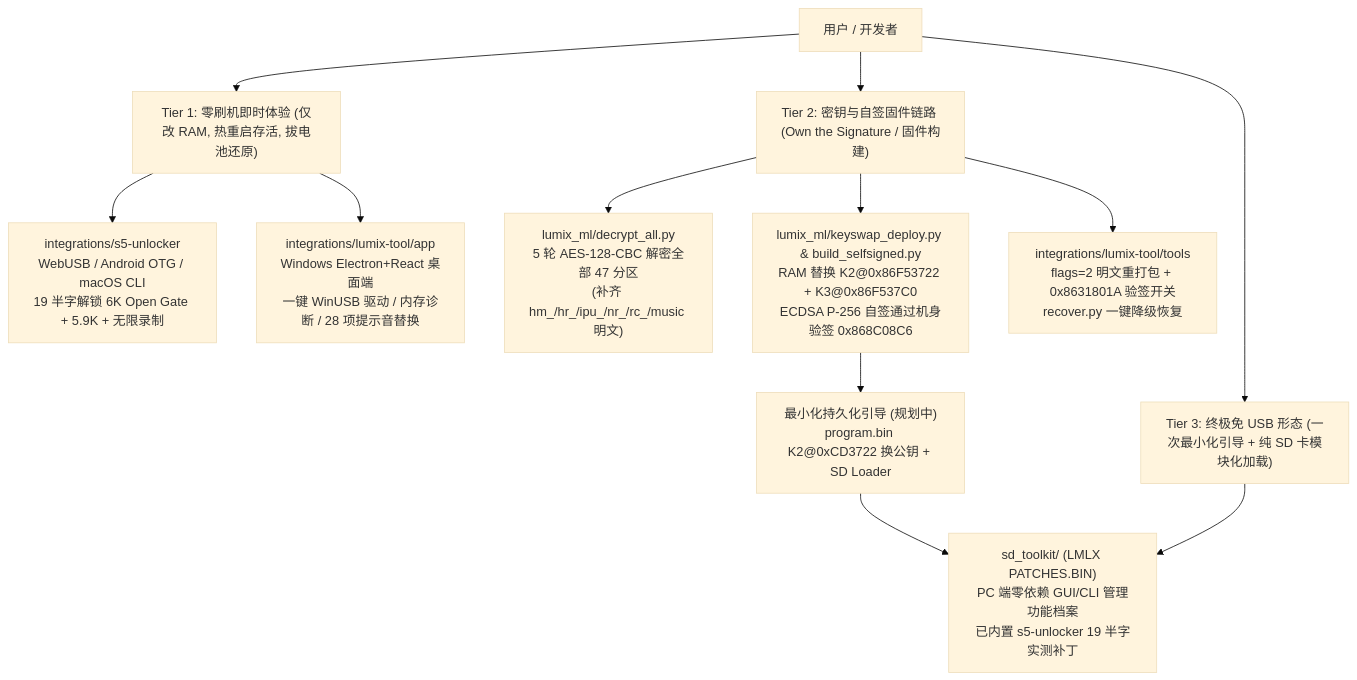
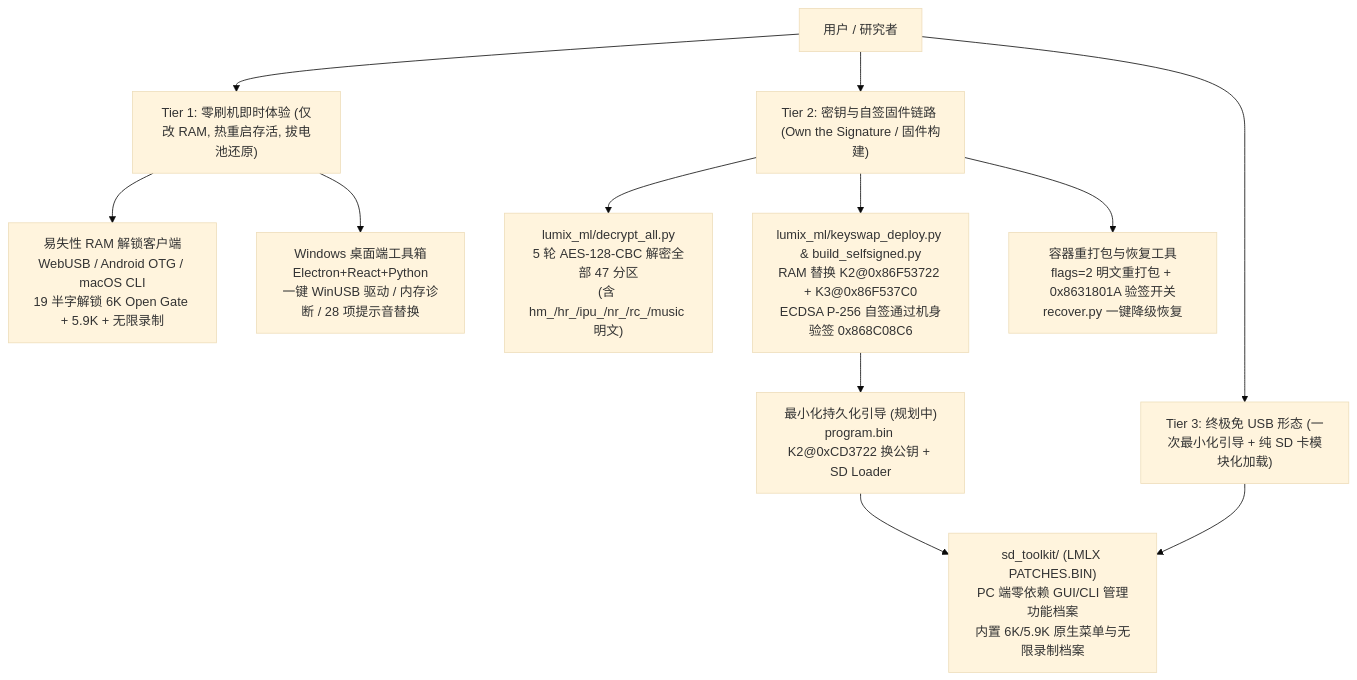
Before and after one commit to yis2014/Lumix_S5: the diagram in INTEGRATION_ARCHITECTURE.md, drawn with Mermaid (base theme). The commit also changed other lines of this file and 3 other files, not shown here.

````diff
--- a/INTEGRATION_ARCHITECTURE.md
+++ b/INTEGRATION_ARCHITECTURE.md
@@ -9,17 +12,17 @@
 ```mermaid
 flowchart TD
-    U["用户 / 开发者"] --> T1["Tier 1: 零刷机即时体验 (仅改 RAM, 热重启存活, 拔电池还原)"]
+    U["用户 / 研究者"] --> T1["Tier 1: 零刷机即时体验 (仅改 RAM, 热重启存活, 拔电池还原)"]
     U --> T2["Tier 2: 密钥与自签固件链路 (Own the Signature / 固件构建)"]
     U --> T3["Tier 3: 终极免 USB 形态 (一次最小化引导 + 纯 SD 卡模块化加载)"]
 
-    T1 --> S5U["integrations/s5-unlocker<br/>WebUSB / Android OTG / macOS CLI<br/>19 半字解锁 6K Open Gate + 5.9K + 无限录制"]
-    T1 --> LT["integrations/lumix-tool/app<br/>Windows Electron+React 桌面端<br/>一键 WinUSB 驱动 / 内存诊断 / 28 项提示音替换"]
+    T1 --> S5U["易失性 RAM 解锁客户端<br/>WebUSB / Android OTG / macOS CLI<br/>19 半字解锁 6K Open Gate + 5.9K + 无限录制"]
+    T1 --> LT["Windows 桌面端工具箱<br/>Electron+React+Python<br/>一键 WinUSB 驱动 / 内存诊断 / 28 项提示音替换"]
 
-    T2 --> AES["lumix_ml/decrypt_all.py<br/>5 轮 AES-128-CBC 解密全部 47 分区<br/>(补齐 hm_/hr_/ipu_/nr_/rc_/music 明文)"]
+    T2 --> AES["lumix_ml/decrypt_all.py<br/>5 轮 AES-128-CBC 解密全部 47 分区<br/>(含 hm_/hr_/ipu_/nr_/rc_/music 明文)"]
     T2 --> KS["lumix_ml/keyswap_deploy.py & build_selfsigned.py<br/>RAM 替换 K2@0x86F53722 + K3@0x86F537C0<br/>ECDSA P-256 自签通过机身验签 0x868C08C6"]
-    T2 --> LT_FW["integrations/lumix-tool/tools<br/>flags=2 明文重打包 + 0x8631801A 验签开关<br/>recover.py 一键降级恢复"]
+    T2 --> LT_FW["容器重打包与恢复工具<br/>flags=2 明文重打包 + 0x8631801A 验签开关<br/>recover.py 一键降级恢复"]
 
-    T3 --> SD["sd_toolkit/ (LMLX PATCHES.BIN)<br/>PC 端零依赖 GUI/CLI 管理功能档案<br/>已内置 s5-unlocker 19 半字实测补丁"]
+    T3 --> SD["sd_toolkit/ (LMLX PATCHES.BIN)<br/>PC 端零依赖 GUI/CLI 管理功能档案<br/>内置 6K/5.9K 原生菜单与无限录制档案"]
     KS --> BOOT["最小化持久化引导 (规划中)<br/>program.bin K2@0xCD3722 换公钥 + SD Loader"]
     BOOT --> SD
 ```
````
